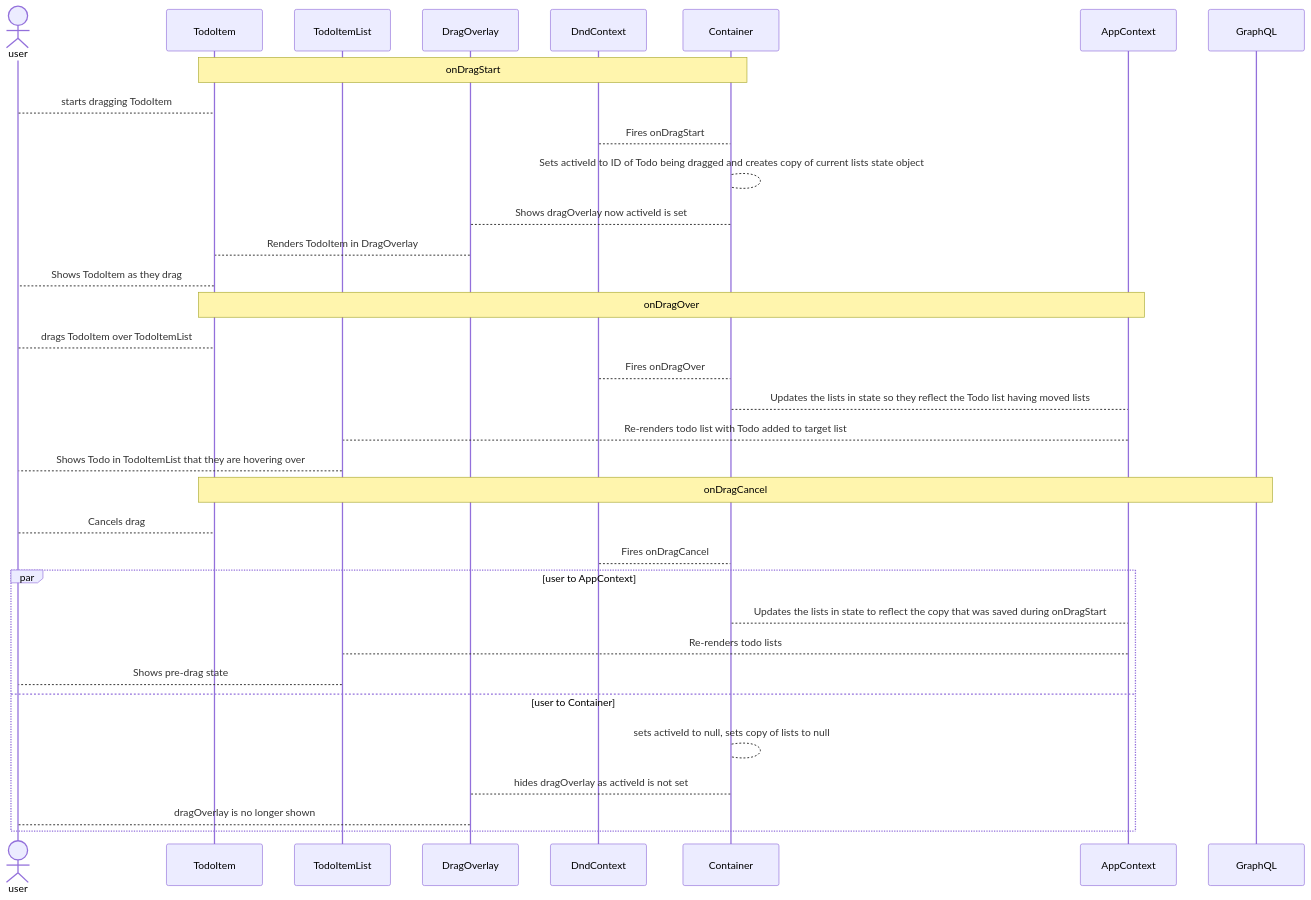
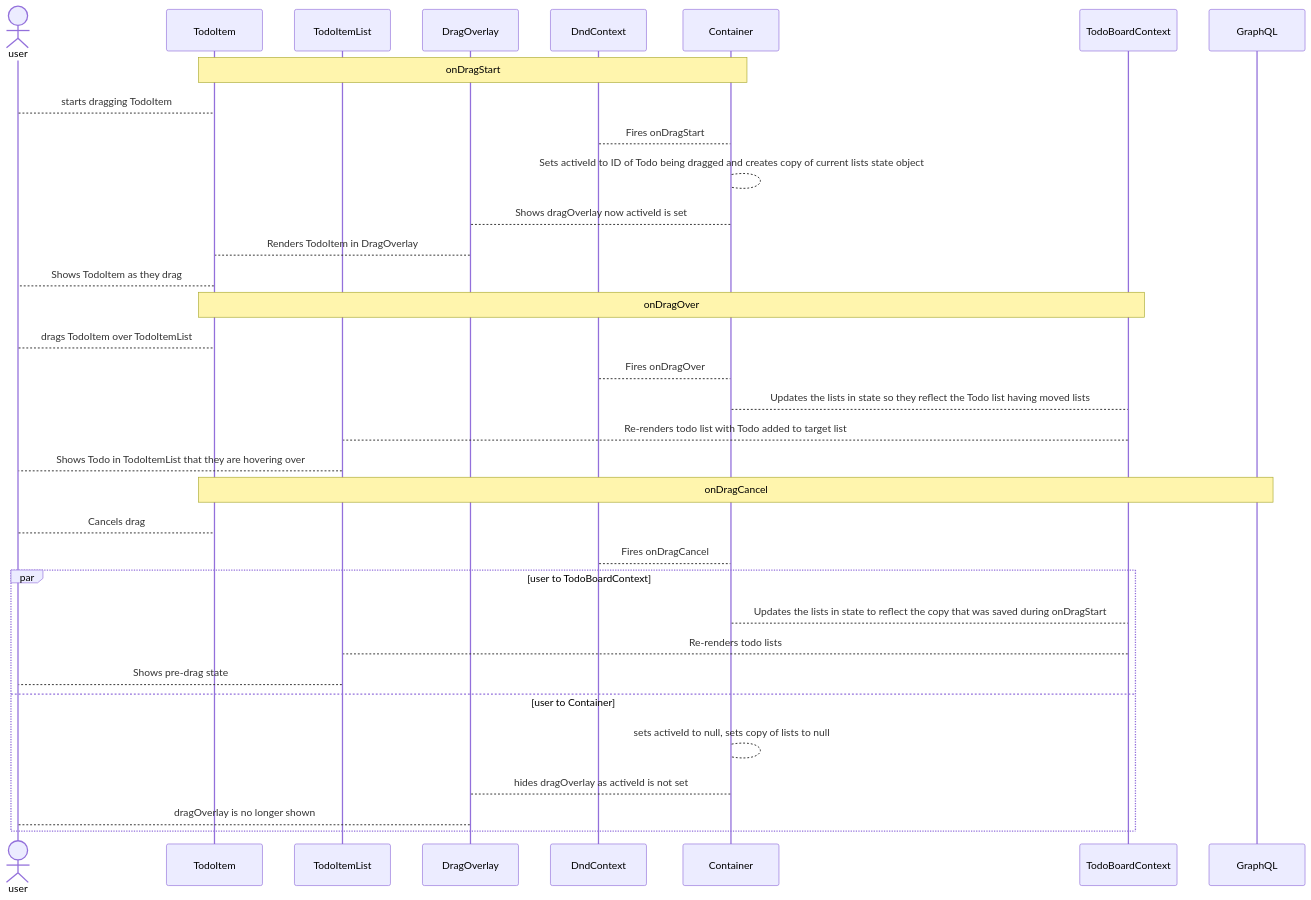
Before and after one commit to colinfwren/atomic-todo: the third of 3 diagrams in docs/adr/0003-use-dnd-kit-for-drag-and-drop-in-front-end.md, drawn with Mermaid. The commit also changed other lines of this file and 11 other files, not shown here.

Commit message:
Renaming AppContext to TodoBoardContext so can have different contexts for different needs

````diff
--- a/docs/adr/0003-use-dnd-kit-for-drag-and-drop-in-front-end.md
+++ b/docs/adr/0003-use-dnd-kit-for-drag-and-drop-in-front-end.md
@@ -179,39 +179,39 @@
 ```mermaid
 sequenceDiagram
     actor user
     participant TodoItem
     participant TodoItemList
     participant DragOverlay
     participant DndContext
     participant Container
-    participant AppContext
+    participant TodoBoardContext
     participant GraphQL
     
     note over TodoItem,Container: onDragStart
     user-->TodoItem: starts dragging TodoItem
     DndContext-->Container: Fires onDragStart
     Container-->Container: Sets activeId to ID of Todo being dragged and creates copy of current lists state object
     Container-->DragOverlay: Shows dragOverlay now activeId is set
     DragOverlay-->TodoItem: Renders TodoItem in DragOverlay
     TodoItem-->user: Shows TodoItem as they drag
     
-    note over TodoItem,AppContext: onDragOver
+    note over TodoItem,TodoBoardContext: onDragOver
     user-->TodoItem: drags TodoItem over TodoItemList
     DndContext-->Container: Fires onDragOver
-    Container-->AppContext: Updates the lists in state so they reflect the Todo list having moved lists
-    AppContext-->TodoItemList: Re-renders todo list with Todo added to target list
+    Container-->TodoBoardContext: Updates the lists in state so they reflect the Todo list having moved lists
+    TodoBoardContext-->TodoItemList: Re-renders todo list with Todo added to target list
     TodoItemList-->user: Shows Todo in TodoItemList that they are hovering over
     
     note over TodoItem,GraphQL: onDragCancel
     user-->TodoItem: Cancels drag
     DndContext-->Container: Fires onDragCancel
-    par user to AppContext
-      Container-->AppContext: Updates the lists in state to reflect the copy that was saved during onDragStart
-      AppContext-->TodoItemList: Re-renders todo lists
+    par user to TodoBoardContext
+      Container-->TodoBoardContext: Updates the lists in state to reflect the copy that was saved during onDragStart
+      TodoBoardContext-->TodoItemList: Re-renders todo lists
       TodoItemList-->user: Shows pre-drag state
     and user to Container
       Container-->Container: sets activeId to null, sets copy of lists to null 
       Container-->DragOverlay: hides dragOverlay as activeId is not set
       DragOverlay-->user: dragOverlay is no longer shown
     end
 ```
````
